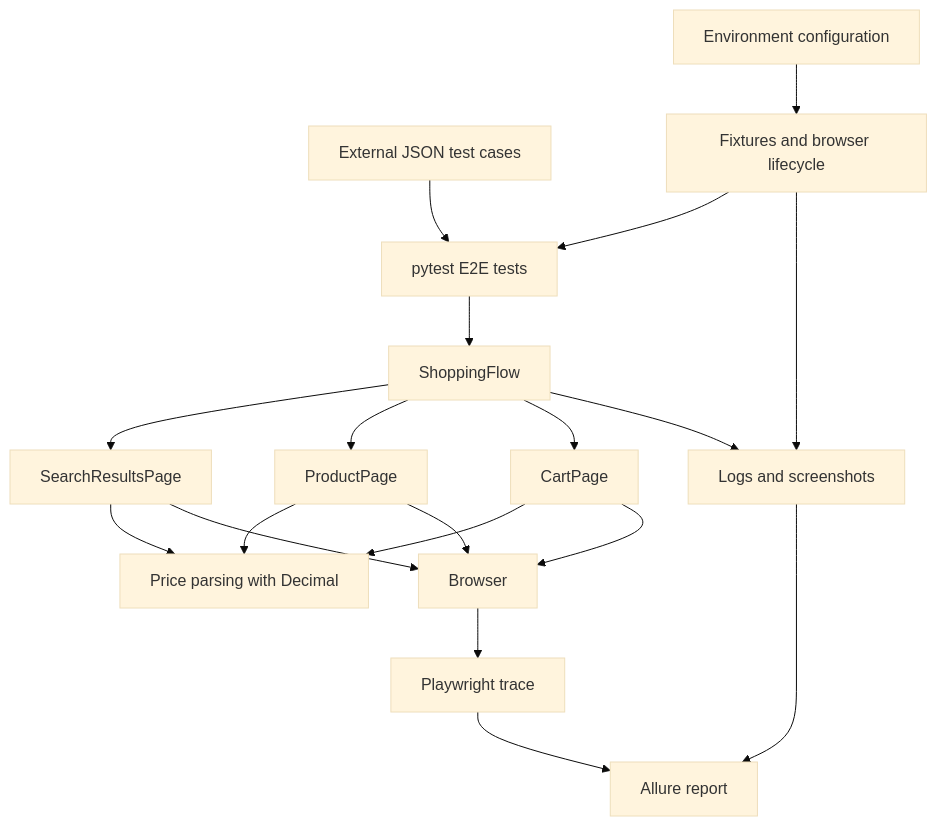
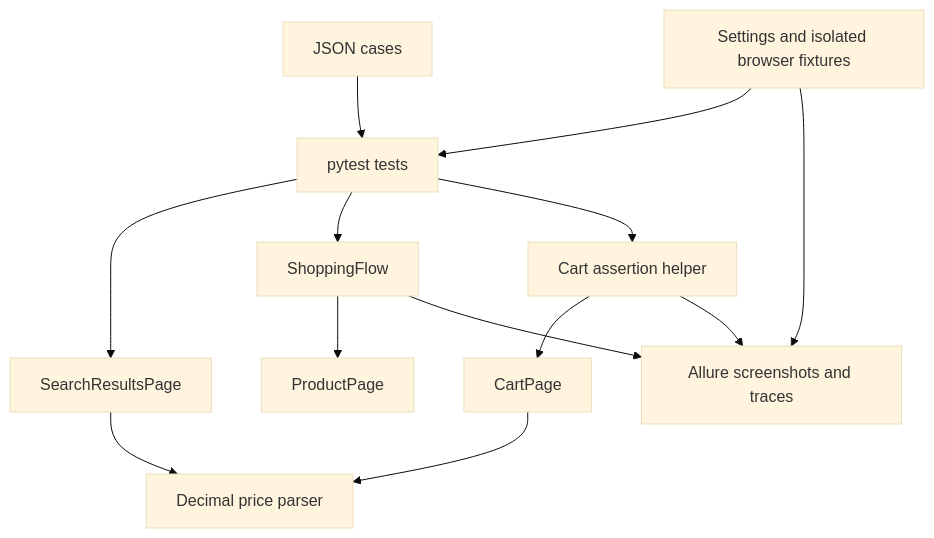
Before and after one commit to Ni172/ebay-playwright-automation: the diagram in docs/architecture.md, drawn with Mermaid (base theme). The commit also changed other lines of this file and 11 other files, not shown here.

````diff
--- a/docs/architecture.md
+++ b/docs/architecture.md
@@ -13,21 +22,15 @@
 ```mermaid
 flowchart TD
-    Data[External JSON test cases] --> Tests[pytest E2E tests]
-    Config[Environment configuration] --> Fixtures[Fixtures and browser lifecycle]
-    Fixtures --> Tests
+    Data[JSON cases] --> Tests[pytest tests]
+    Fixtures[Settings and isolated browser fixtures] --> Tests
+    Tests --> Search[SearchResultsPage]
     Tests --> Flow[ShoppingFlow]
-    Flow --> Search[SearchResultsPage]
     Flow --> Product[ProductPage]
-    Flow --> Cart[CartPage]
-    Search --> Price[Price parsing with Decimal]
-    Product --> Price
-    Cart --> Price
-    Search --> Browser
-    Product --> Browser
-    Cart --> Browser
-    Flow --> Evidence[Logs and screenshots]
-    Fixtures --> Evidence
-    Browser --> Trace[Playwright trace]
-    Evidence --> Allure[Allure report]
-    Trace --> Allure
+    Tests --> Assertion[Cart assertion helper]
+    Assertion --> Cart[CartPage]
+    Search --> Money[Decimal price parser]
+    Cart --> Money
+    Fixtures --> Evidence[Allure screenshots and traces]
+    Flow --> Evidence
+    Assertion --> Evidence
 ```
````
